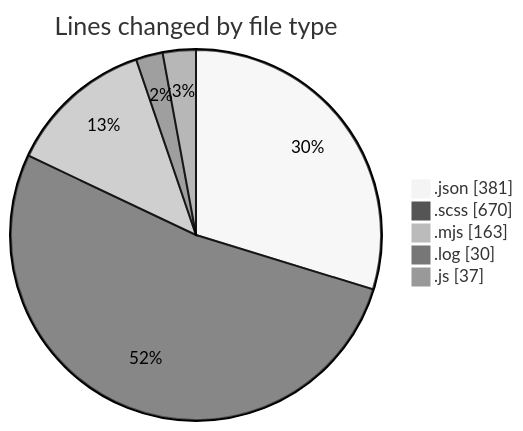
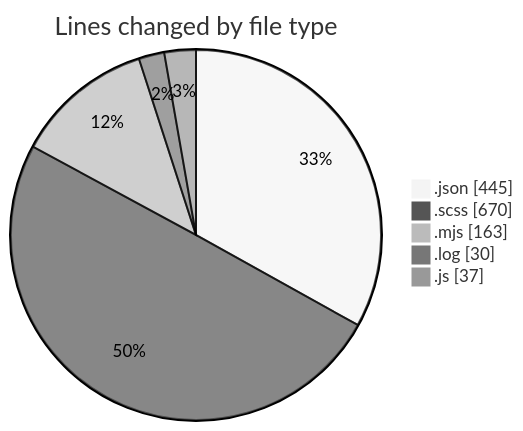
Before and after one commit to momahboobian/code-tracking: the first of 2 diagrams in 2026-08-12/cda/README.md, drawn with Mermaid (neutral theme). The commit also changed other lines of this file and 1 other file, not shown here.

````diff
--- a/2026-08-12/cda/README.md
+++ b/2026-08-12/cda/README.md
@@ -32,9 +33,9 @@
 ```mermaid
 pie showData
 title Lines changed by file type
-".json" : 381
+".json" : 445
 ".scss" : 670
 ".mjs" : 163
 ".log" : 30
 ".js" : 37
 ```
````
